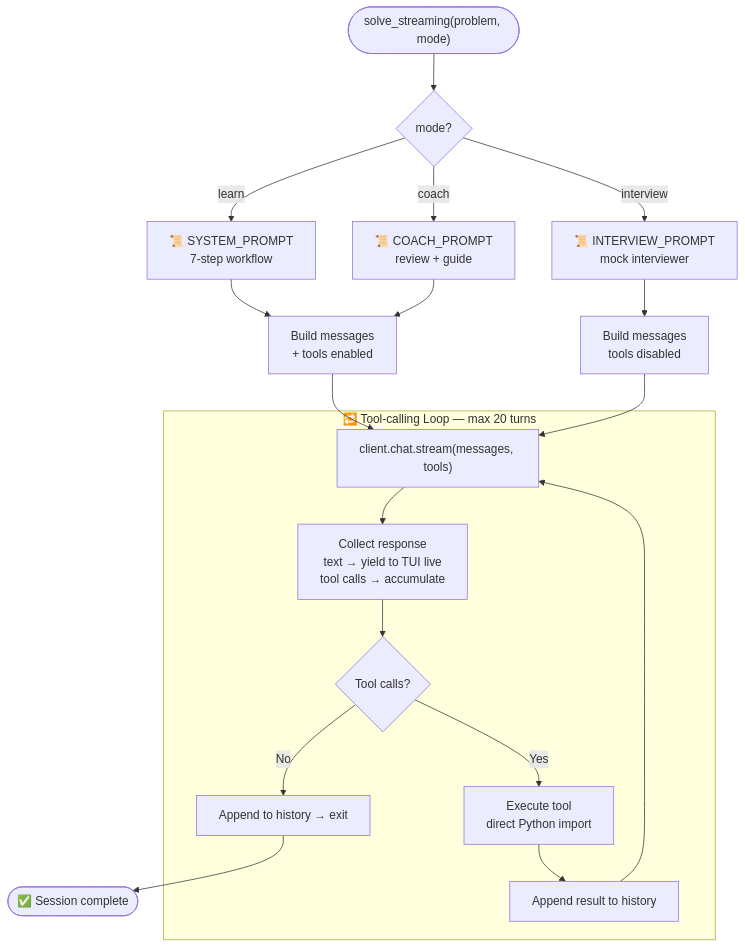
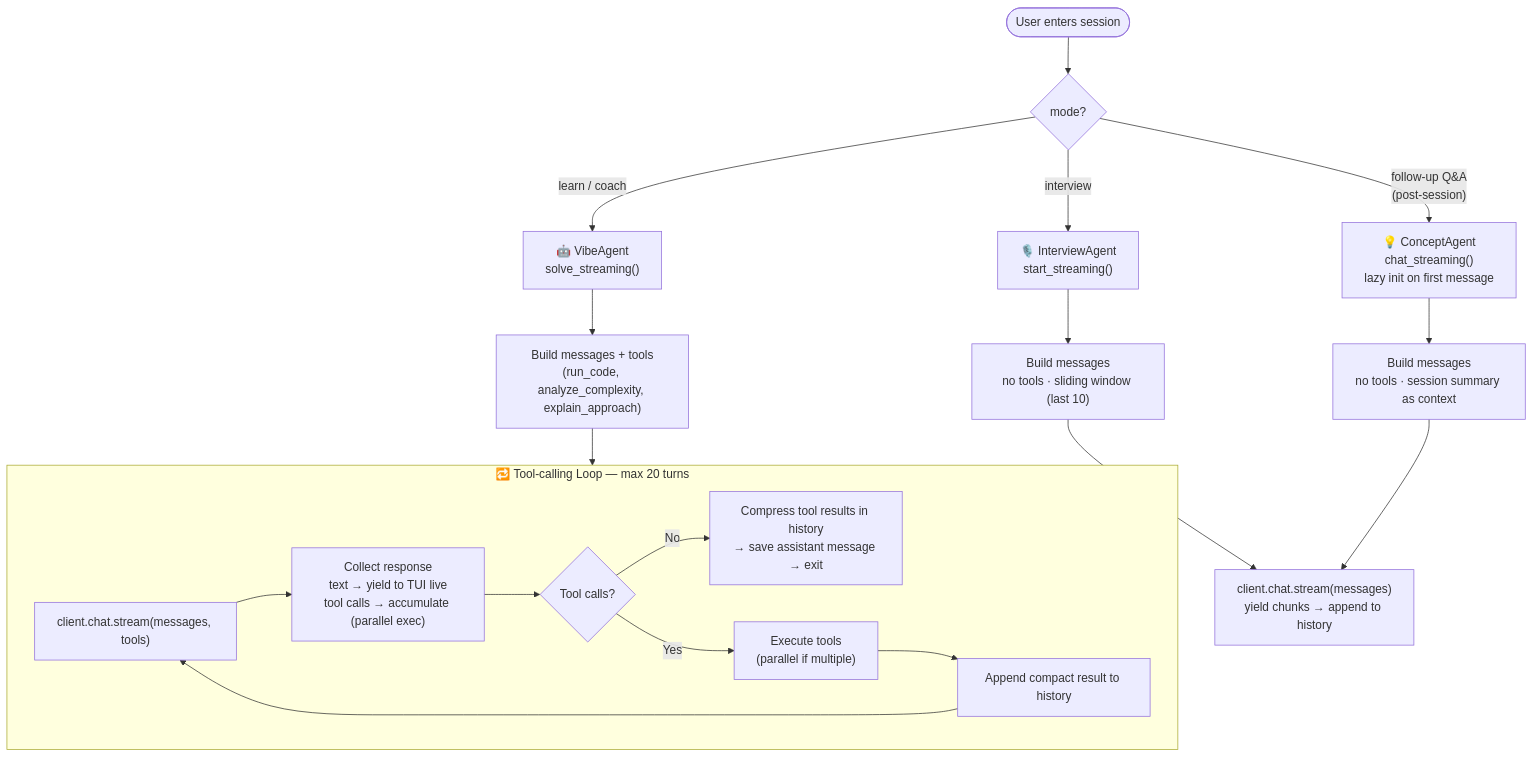
The fourth of 7 diagrams in README.md (Hiba-Chaabnia/LeetVibe), drawn with Mermaid before and after one commit. The commit also changed other lines of this file and 9 other files, not shown here.

Commit message:
refactor: multi-agent architecture, LLM optimizations, remove auto-narration from learn and pair programming modes (v0.1.7)

````diff
--- a/README.md
+++ b/README.md
@@ -353,28 +369,29 @@
 ```mermaid
 flowchart TD
-    Start(["solve_streaming(problem, mode)"])
+    Start(["User enters session"])
 
-    Start --> SelectPrompt{mode?}
-    SelectPrompt -- "learn" --> SP["📜 SYSTEM_PROMPT\n7-step workflow"]
-    SelectPrompt -- "coach" --> CP["📜 COACH_PROMPT\nreview + guide"]
-    SelectPrompt -- "interview" --> IP["📜 INTERVIEW_PROMPT\nmock interviewer"]
+    Start --> Mode{mode?}
+    Mode -- "learn / coach" --> VA["🤖 VibeAgent\nsolve_streaming()"]
+    Mode -- "interview" --> IA["🎙️ InterviewAgent\nstart_streaming()"]
+    Mode -- "follow-up Q&A\n(post-session)" --> CA["💡 ConceptAgent\nchat_streaming()\nlazy init on first message"]
 
-    SP & CP --> BuildMsg["Build messages\n+ tools enabled"]
-    IP --> BuildMsgNoTools["Build messages\ntools disabled"]
+    VA --> BuildMsg["Build messages + tools\n(run_code, analyze_complexity, explain_approach)"]
+    IA --> BuildMsgNoTools["Build messages\nno tools · sliding window (last 10)"]
+    CA --> BuildMsgSmall["Build messages\nno tools · session summary as context"]
 
-    BuildMsg & BuildMsgNoTools --> Stream
+    BuildMsg --> Loop
 
     subgraph Loop["🔁 Tool-calling Loop — max 20 turns"]
         Stream["client.chat.stream(messages, tools)"]
-        Collect["Collect response\ntext → yield to TUI live\ntool calls → accumulate"]
+        Collect["Collect response\ntext → yield to TUI live\ntool calls → accumulate (parallel exec)"]
         Stream --> Collect
         Collect --> HasTools{"Tool calls?"}
 
-        HasTools -- "No" --> Save["Append to history → exit"]
-        HasTools -- "Yes" --> Exec["Execute tool\ndirect Python import"]
-        Exec --> AppendResult["Append result to history"]
+        HasTools -- "No" --> Compress["Compress tool results in history\n→ save assistant message → exit"]
+        HasTools -- "Yes" --> Exec["Execute tools\n(parallel if multiple)"]
+        Exec --> AppendResult["Append compact result to history"]
         AppendResult --> Stream
     end
 
-    Save --> Done(["✅ Session complete"])
+    BuildMsgNoTools & BuildMsgSmall --> SimpleStream["client.chat.stream(messages)\nyield chunks → append to history"]
 ```
````
